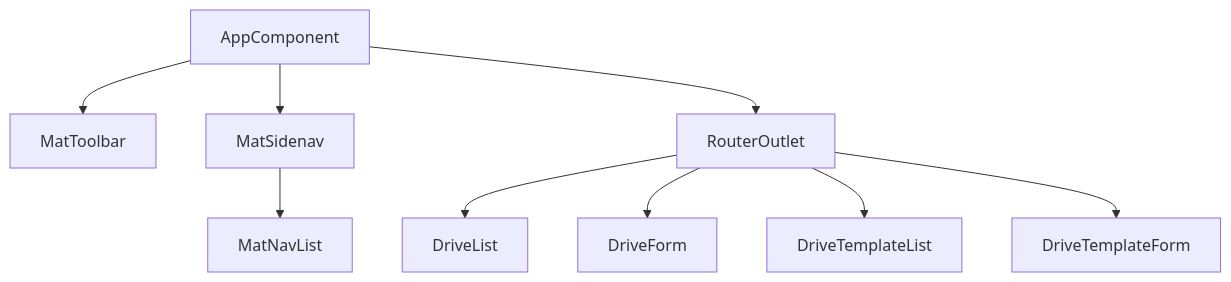
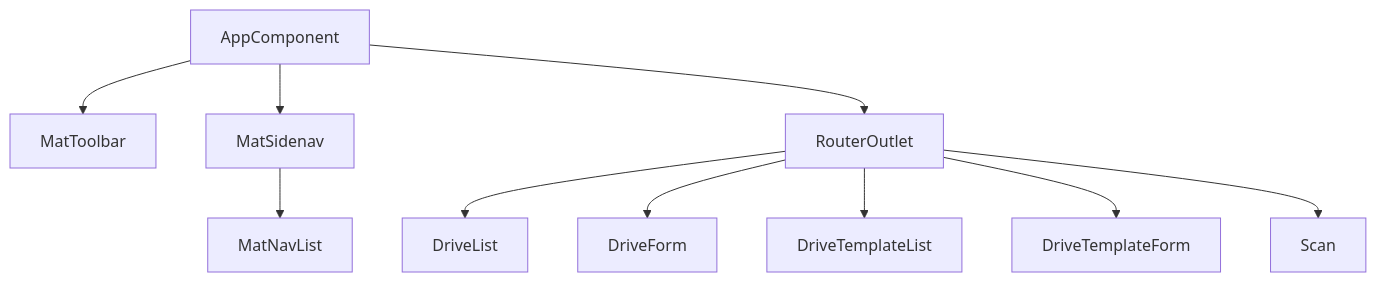
One commit to foto-andreas/Drives changed the diagram in docs/client/overview.md. Above: the diagram before and after it, drawn with Mermaid. The commit also changed other lines of this file and 8 other files, not shown here.

````diff
--- a/docs/client/overview.md
+++ b/docs/client/overview.md
@@ -21,11 +22,12 @@
 ```mermaid
 graph TD
     AppComponent --> Toolbar[MatToolbar]
     AppComponent --> Sidenav[MatSidenav]
     Sidenav --> NavList[MatNavList]
     AppComponent --> Content[RouterOutlet]
     Content --> DL[DriveList]
     Content --> DF[DriveForm]
     Content --> TL[DriveTemplateList]
     Content --> TF[DriveTemplateForm]
+    Content --> SC[Scan]
 ```
````
